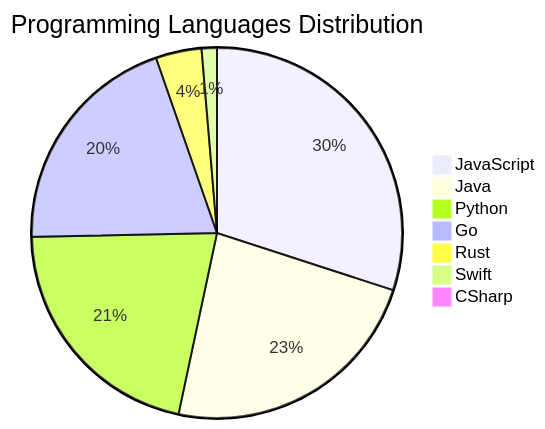
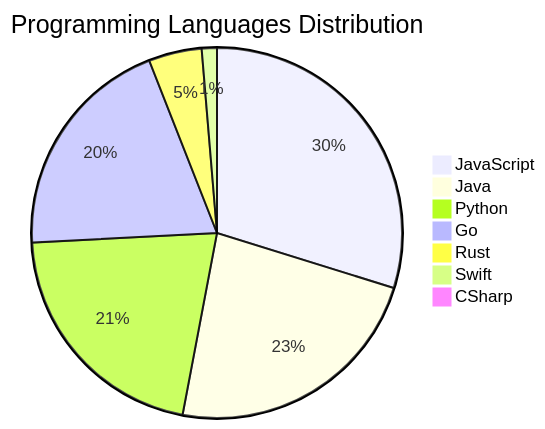
One commit to Derrick-MUGISHA/github-activity-bot changed the diagram in README.md. Above: the diagram before and after it, drawn with Mermaid. The commit also changed other lines of this file and 4 other files, not shown here.

````diff
--- a/README.md
+++ b/README.md
@@ -207,10 +207,10 @@
 ```mermaid
 pie title Programming Languages Distribution
     "JavaScript" : 45
     "Java" : 35
     "Python" : 32
     "Go" : 30
-    "Rust" : 6
+    "Rust" : 7
     "Swift" : 2
     "CSharp" : 1
 ```
````
